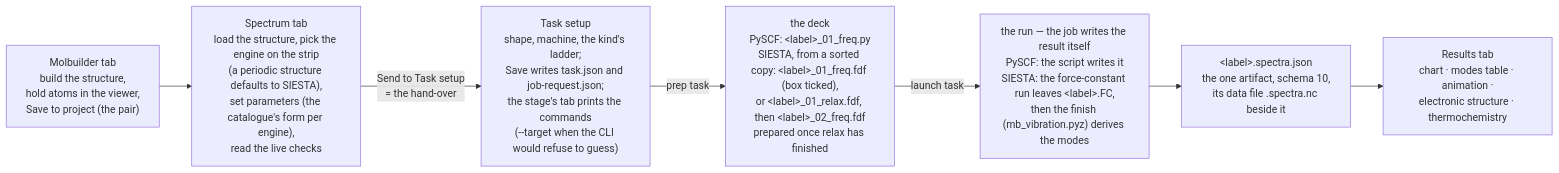
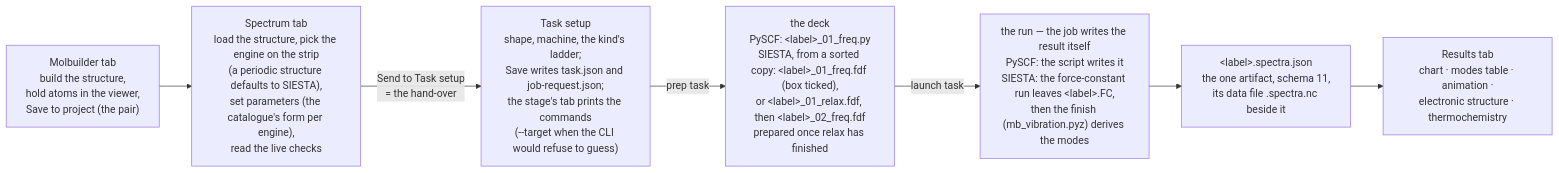
The first of 2 diagrams in docs/engines/vibration.md (Qing-LAB/molbuilder), drawn with Mermaid before and after one commit. The commit also changed other lines of this file and 40 other files, not shown here.

````diff
--- a/docs/engines/vibration.md
+++ b/docs/engines/vibration.md
@@ -185,9 +185,9 @@
 ```mermaid
 flowchart LR
   M["Molbuilder tab<br/>build the structure,<br/>hold atoms in the viewer,<br/>Save to project (the pair)"] --> S["Spectrum tab<br/>load the structure, pick the engine on the strip<br/>(a periodic structure defaults to SIESTA),<br/>set parameters (the catalogue's form per engine),<br/>read the live checks"]
   S -->|"Send to Task setup<br/>= the hand-over"| T["Task setup<br/>shape, machine, the kind's ladder;<br/>Save writes task.json and job-request.json;<br/>the stage's tab prints the commands<br/>(--target when the CLI would refuse to guess)"]
   T -->|"prep task"| P["the deck<br/>PySCF: &lt;label&gt;_01_freq.py<br/>SIESTA, from a sorted copy: &lt;label&gt;_01_freq.fdf (box ticked),<br/>or &lt;label&gt;_01_relax.fdf, then &lt;label&gt;_02_freq.fdf<br/>prepared once relax has finished"]
   P -->|"launch task"| R["the run — the job writes the result itself<br/>PySCF: the script writes it<br/>SIESTA: the force-constant run leaves &lt;label&gt;.FC,<br/>then the finish (mb_vibration.pyz) derives the modes"]
-  R --> A["&lt;label&gt;.spectra.json<br/>the one artifact, schema 10,<br/>its data file .spectra.nc beside it"]
+  R --> A["&lt;label&gt;.spectra.json<br/>the one artifact, schema 11,<br/>its data file .spectra.nc beside it"]
   A --> V["Results tab<br/>chart · modes table · animation ·<br/>electronic structure · thermochemistry"]
 ```
````
